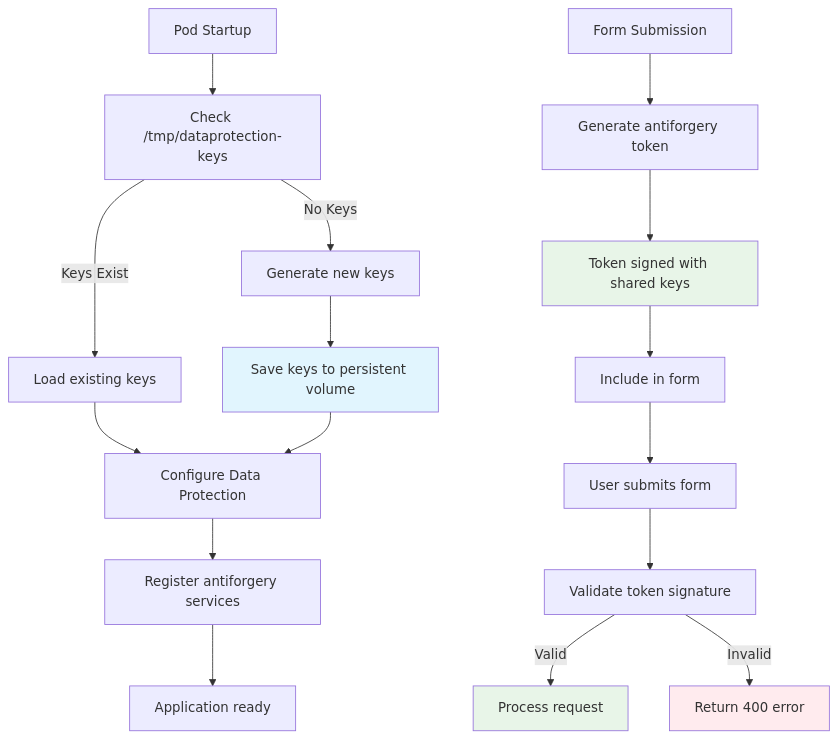
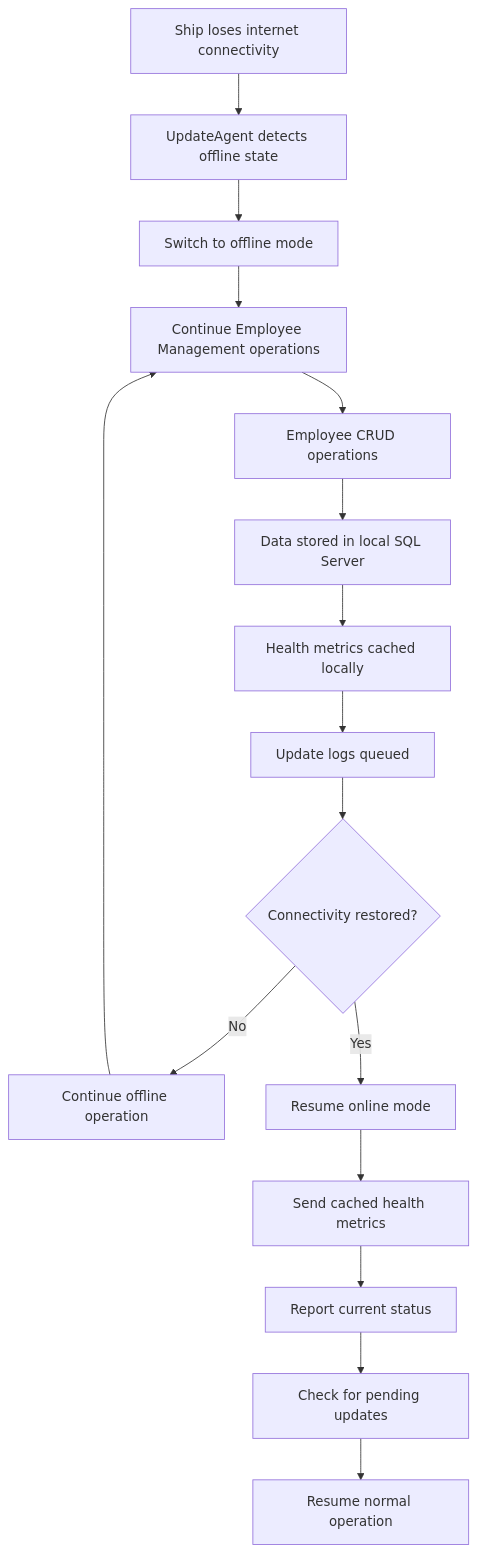
One commit to ralphmx1988/EmployeeManagement changed diagram 12 of 20 in ARCHITECTURE.md. Above: the diagram before and after it, drawn with Mermaid. The commit also changed other lines of this file and 70 other files, not shown here.

````diff
--- a/ARCHITECTURE.md
+++ b/ARCHITECTURE.md
@@ -375,24 +754,22 @@
 ```mermaid
 flowchart TD
-    A[Pod Startup] --> B[Check /tmp/dataprotection-keys]
-    B -->|Keys Exist| C[Load existing keys]
-    B -->|No Keys| D[Generate new keys]
-    C --> E[Configure Data Protection]
-    D --> F[Save keys to persistent volume]
-    F --> E
-    E --> G[Register antiforgery services]
-    G --> H[Application ready]
+    A[Ship loses internet connectivity] --> B[UpdateAgent detects offline state]
+    B --> C[Switch to offline mode]
+    C --> D[Continue Employee Management operations]
     
-    I[Form Submission] --> J[Generate antiforgery token]
-    J --> K[Token signed with shared keys]
-    K --> L[Include in form]
-    L --> M[User submits form]
-    M --> N[Validate token signature]
-    N -->|Valid| O[Process request]
-    N -->|Invalid| P[Return 400 error]
+    D --> E[Employee CRUD operations]
+    E --> F[Data stored in local SQL Server]
+    F --> G[Health metrics cached locally]
+    G --> H[Update logs queued]
     
-    style F fill:#e1f5fe
-    style K fill:#e8f5e8
-    style O fill:#e8f5e8
-    style P fill:#ffebee
+    H --> I{Connectivity restored?}
+    I -->|No| J[Continue offline operation]
+    I -->|Yes| K[Resume online mode]
+    
+    K --> L[Send cached health metrics]
+    L --> M[Report current status]
+    M --> N[Check for pending updates]
+    N --> O[Resume normal operation]
+    
+    J --> D
 ```
````
